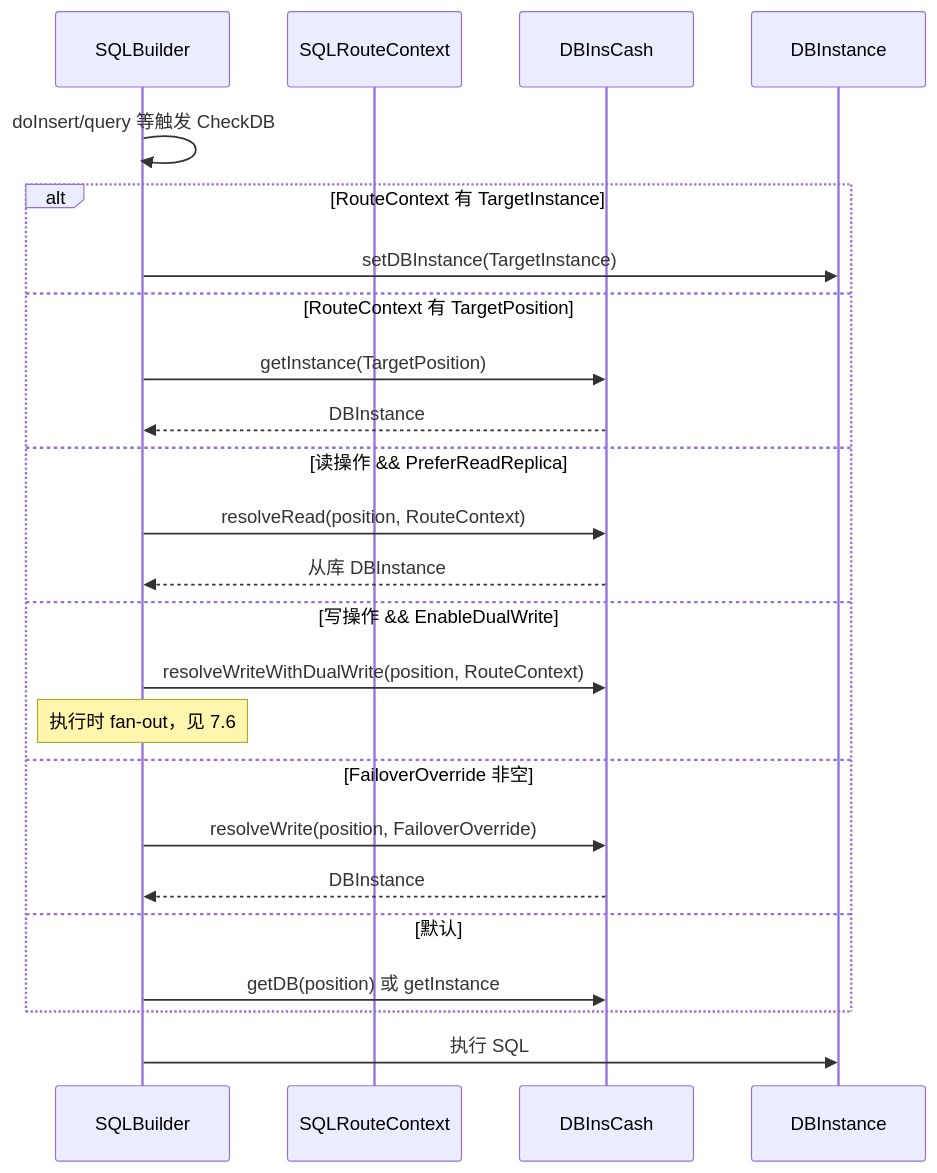
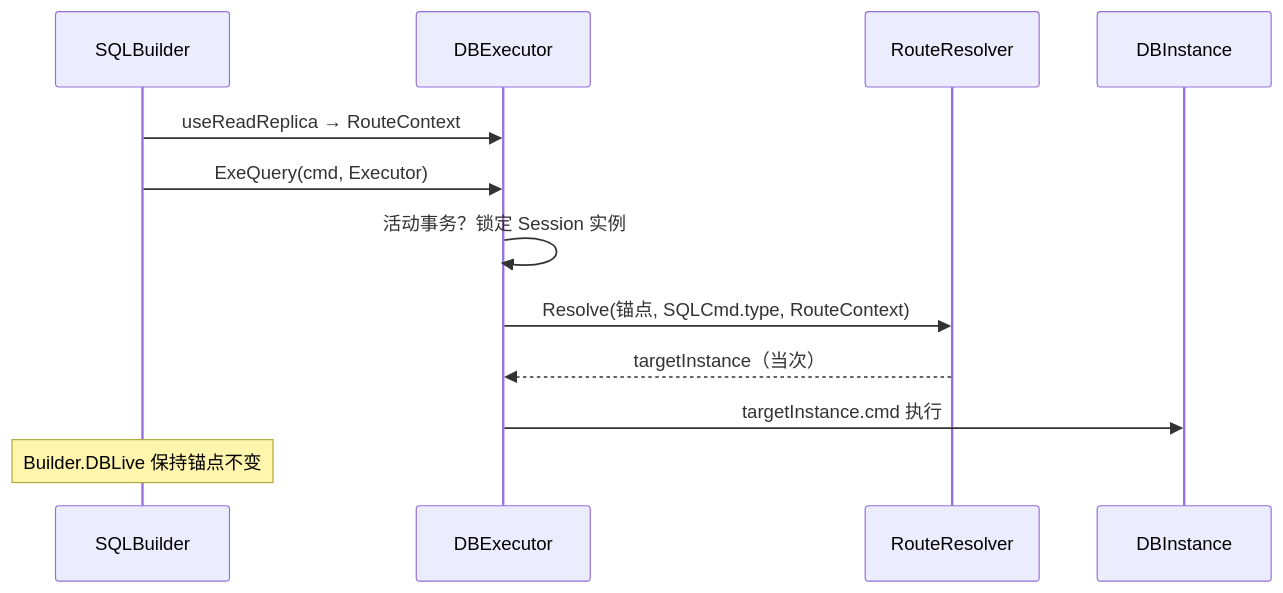
The fifth of 5 diagrams in doc/slave/主从与多库功能设计.md (sailuosi/mooSQL), drawn with Mermaid before and after one commit. The commit also changed other lines of this file and 18 other files, not shown here.

````diff
--- a/doc/slave/主从与多库功能设计.md
+++ b/doc/slave/主从与多库功能设计.md
@@ -617,27 +725,15 @@
 ```mermaid
 sequenceDiagram
     participant Kit as SQLBuilder
-    participant Ctx as SQLRouteContext
-    participant Cash as DBInsCash
+    participant Exe as DBExecutor
+    participant Res as RouteResolver
     participant DB as DBInstance
 
-    Kit->>Kit: doInsert/query 等触发 CheckDB
-    alt RouteContext 有 TargetInstance
-        Kit->>DB: setDBInstance(TargetInstance)
-    else RouteContext 有 TargetPosition
-        Kit->>Cash: getInstance(TargetPosition)
-        Cash-->>Kit: DBInstance
-    else 读操作 && PreferReadReplica
-        Kit->>Cash: resolveRead(position, RouteContext)
-        Cash-->>Kit: 从库 DBInstance
-    else 写操作 && EnableDualWrite
-        Kit->>Cash: resolveWriteWithDualWrite(position, RouteContext)
-        Note over Kit: 执行时 fan-out，见 7.6
-    else FailoverOverride 非空
-        Kit->>Cash: resolveWrite(position, FailoverOverride)
-        Cash-->>Kit: DBInstance
-    else 默认
-        Kit->>Cash: getDB(position) 或 getInstance
-    end
-    Kit->>DB: 执行 SQL
+    Kit->>Exe: useReadReplica → RouteContext
+    Kit->>Exe: ExeQuery(cmd, Executor)
+    Exe->>Exe: 活动事务？锁定 Session 实例
+    Exe->>Res: Resolve(锚点, SQLCmd.type, RouteContext)
+    Res-->>Exe: targetInstance（当次）
+    Exe->>DB: targetInstance.cmd 执行
+    Note over Kit: Builder.DBLive 保持锚点不变
 ```
````
